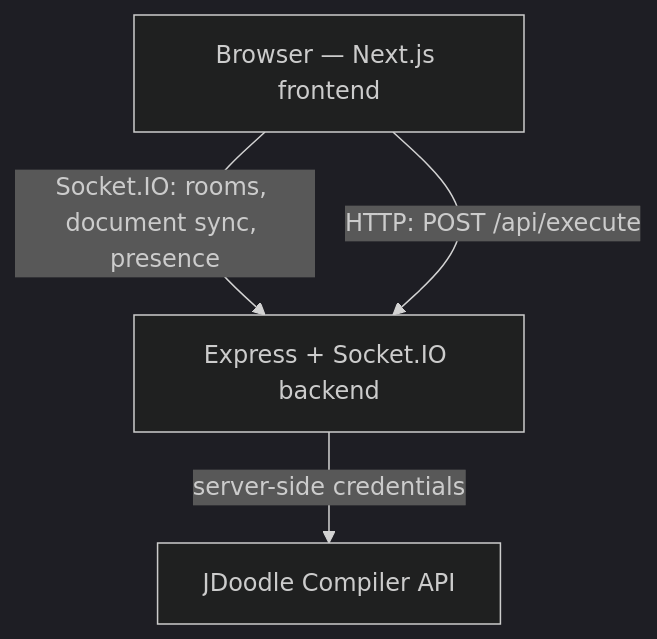
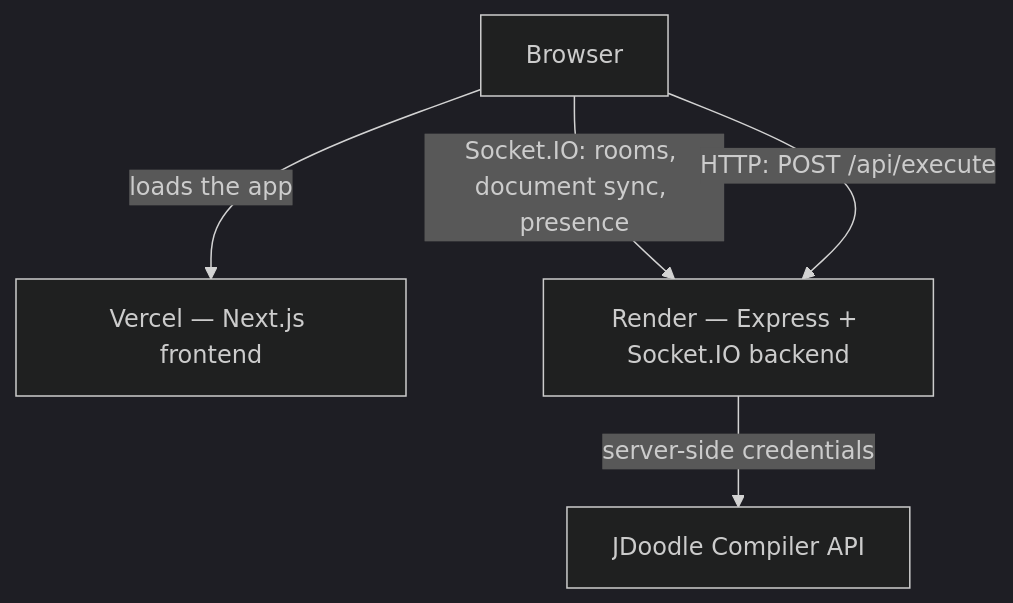
The diagram in README.md (Youssef-Boussabah/DevSync), drawn with Mermaid (dark theme) before and after one commit. The commit also changed other lines of this file and 7 other files, not shown here.

````diff
--- a/README.md
+++ b/README.md
@@ -32,10 +79,12 @@
 ```mermaid
 flowchart TD
-    browser["Browser — Next.js frontend"]
-    server["Express + Socket.IO backend"]
+    browser["Browser"]
+    vercel["Vercel — Next.js frontend"]
+    render["Render — Express + Socket.IO backend"]
     provider["JDoodle Compiler API"]
 
-    browser -->|"Socket.IO: rooms, document sync, presence"| server
-    browser -->|"HTTP: POST /api/execute"| server
-    server -->|"server-side credentials"| provider
+    browser -->|"loads the app"| vercel
+    browser -->|"Socket.IO: rooms, document sync, presence"| render
+    browser -->|"HTTP: POST /api/execute"| render
+    render -->|"server-side credentials"| provider
 ```
````
